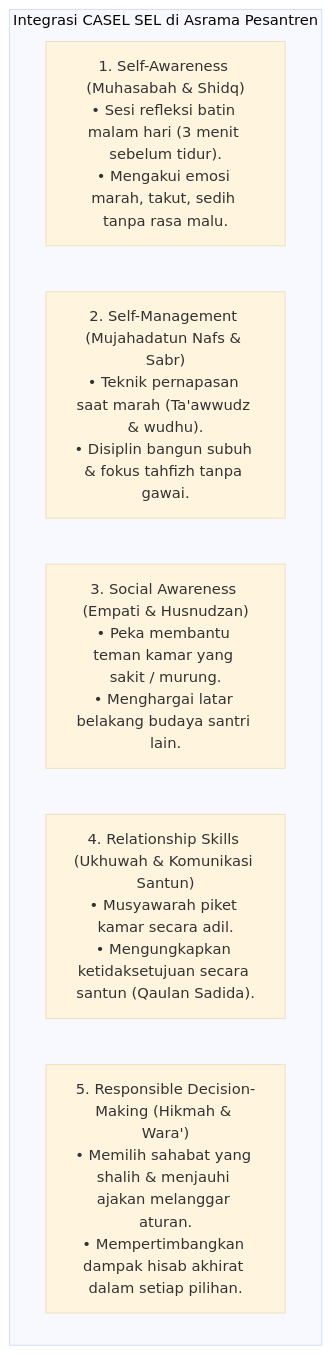
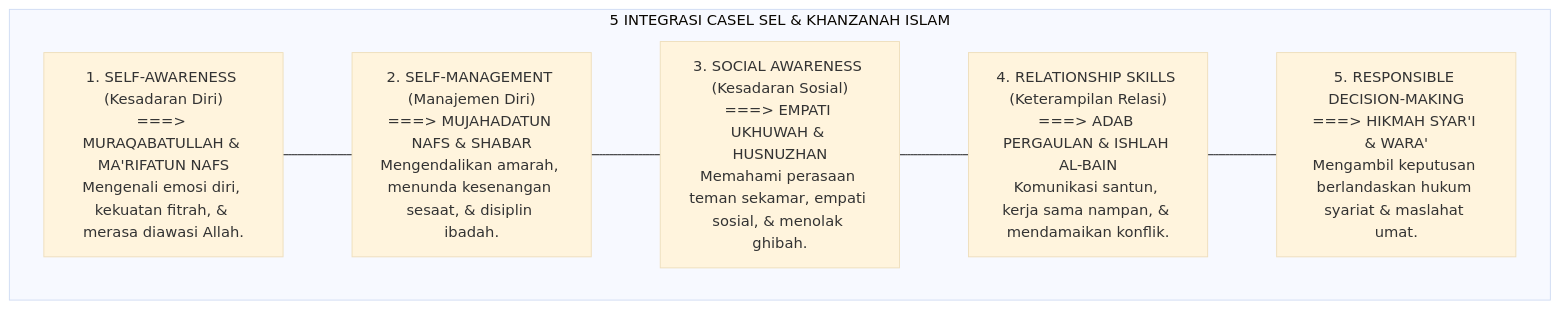
The third of 7 diagrams in 02 Principles/04 Development Principles/P2-04-04-Prinsip-Integrasi-CASEL-SEL-dan-Karakter-Islami.md (wandiapriliyandi/tumbuh), drawn with Mermaid (base theme) before and after one commit. The commit also changed other lines of this file and 42 other files, not shown here.

````diff
--- a/02 Principles/04 Development Principles/P2-04-04-Prinsip-Integrasi-CASEL-SEL-dan-Karakter-Islami.md
+++ b/02 Principles/04 Development Principles/P2-04-04-Prinsip-Integrasi-CASEL-SEL-dan-Karakter-Islami.md
@@ -10,10 +108,16 @@
 ```mermaid
 graph TD
-    subgraph CASEL_Pesantren["Integrasi CASEL SEL di Asrama Pesantren"]
-        C1["1. Self-Awareness (Muhasabah & Shidq)<br/>• Sesi refleksi batin malam hari (3 menit sebelum tidur).<br/>• Mengakui emosi marah, takut, sedih tanpa rasa malu."]
-        C2["2. Self-Management (Mujahadatun Nafs & Sabr)<br/>• Teknik pernapasan saat marah (Ta'awwudz & wudhu).<br/>• Disiplin bangun subuh & fokus tahfizh tanpa gawai."]
-        C3["3. Social Awareness (Empati & Husnudzan)<br/>• Peka membantu teman kamar yang sakit / murung.<br/>• Menghargai latar belakang budaya santri lain."]
-        C4["4. Relationship Skills (Ukhuwah & Komunikasi Santun)<br/>• Musyawarah piket kamar secara adil.<br/>• Mengungkapkan ketidaksetujuan secara santun (Qaulan Sadida)."]
-        C5["5. Responsible Decision-Making (Hikmah & Wara')<br/>• Memilih sahabat yang shalih & menjauhi ajakan melanggar aturan.<br/>• Mempertimbangkan dampak hisab akhirat dalam setiap pilihan."]
+    subgraph LimaKompetensiCASELdanTurats["5 INTEGRASI CASEL SEL & KHANZANAH ISLAM"]
+        K1["1. SELF-AWARENESS (Kesadaran Diri)<br/>===> MURAQABATULLAH & MA'RIFATUN NAFS<br/>Mengenali emosi diri, kekuatan fitrah, & merasa diawasi Allah."]
+        
+        K2["2. SELF-MANAGEMENT (Manajemen Diri)<br/>===> MUJAHADATUN NAFS & SHABAR<br/>Mengendalikan amarah, menunda kesenangan sesaat, & disiplin ibadah."]
+        
+        K3["3. SOCIAL AWARENESS (Kesadaran Sosial)<br/>===> EMPATI UKHUWAH & HUSNUZHAN<br/>Memahami perasaan teman sekamar, empati sosial, & menolak ghibah."]
+        
+        K4["4. RELATIONSHIP SKILLS (Keterampilan Relasi)<br/>===> ADAB PERGAULAN & ISHLAH AL-BAIN<br/>Komunikasi santun, kerja sama nampan, & mendamaikan konflik."]
+        
+        K5["5. RESPONSIBLE DECISION-MAKING<br/>===> HIKMAH SYAR'I & WARA'<br/>Mengambil keputusan berlandaskan hukum syariat & maslahat umat."]
+        
+        K1 --- K2 --- K3 --- K4 --- K5
     end
 ```
````
